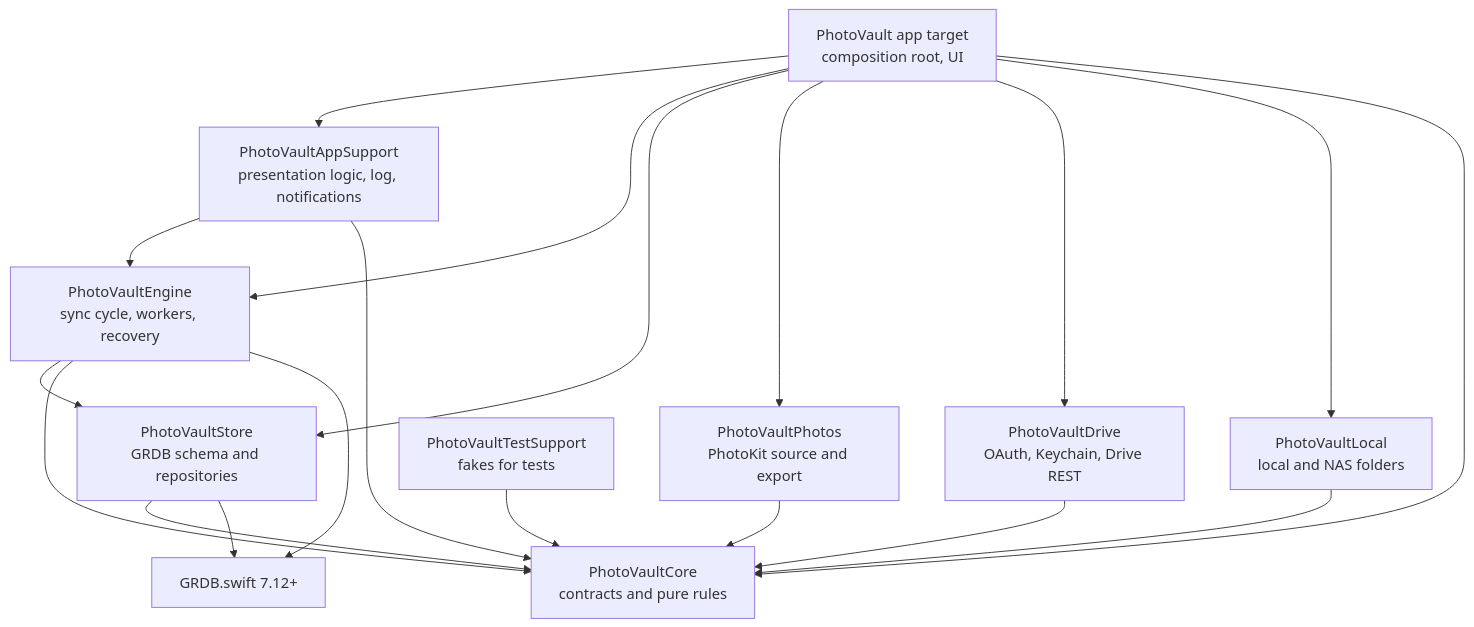
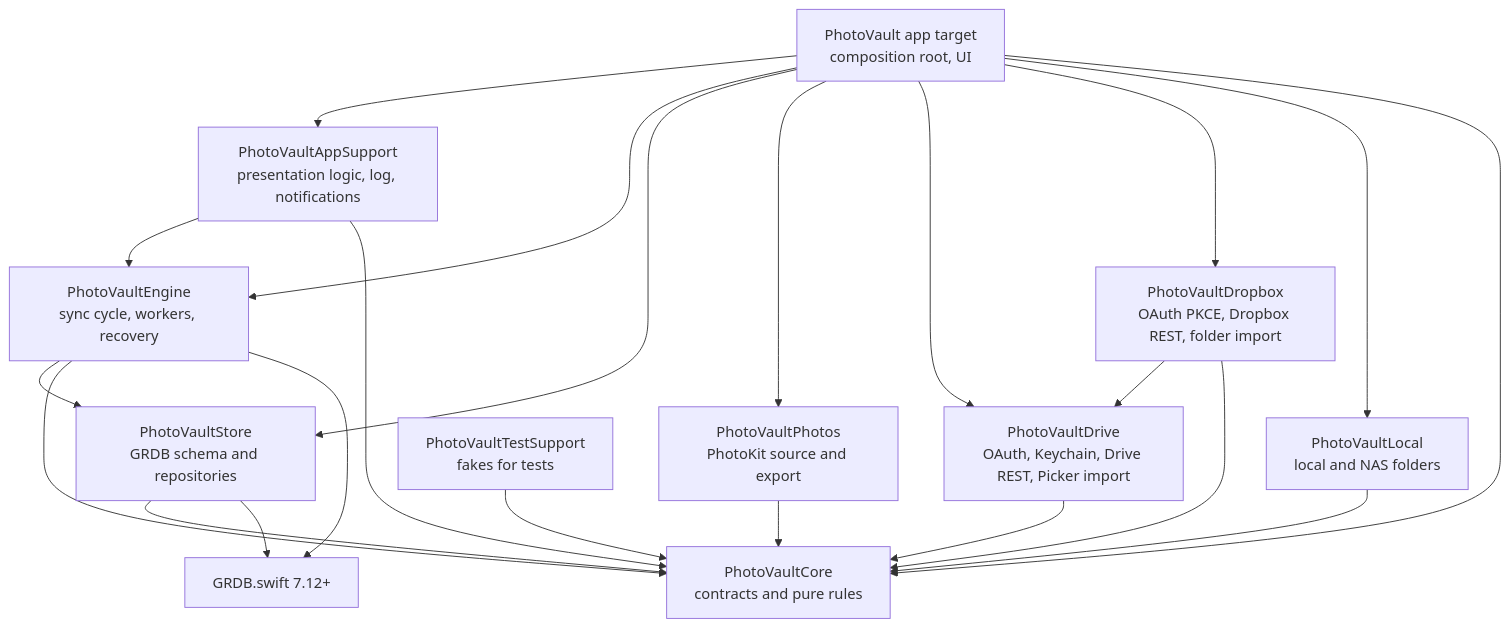
The first of 4 diagrams in docs/architecture/system-architecture.md (Chubby-Chocobo/photovault), drawn with Mermaid before and after one commit. The commit also changed other lines of this file and 108 other files, not shown here.

First line of the commit message:
feat: one-time import from a Google Drive or Dropbox folder (#25)

````diff
--- a/docs/architecture/system-architecture.md
+++ b/docs/architecture/system-architecture.md
@@ -24,20 +24,22 @@
 ```mermaid
 flowchart TD
     App["PhotoVault app target<br/>composition root, UI"]
     AppSupport["PhotoVaultAppSupport<br/>presentation logic, log, notifications"]
     Engine["PhotoVaultEngine<br/>sync cycle, workers, recovery"]
     Store["PhotoVaultStore<br/>GRDB schema and repositories"]
     Photos["PhotoVaultPhotos<br/>PhotoKit source and export"]
-    Drive["PhotoVaultDrive<br/>OAuth, Keychain, Drive REST"]
+    Drive["PhotoVaultDrive<br/>OAuth, Keychain, Drive REST, Picker import"]
+    Dropbox["PhotoVaultDropbox<br/>OAuth PKCE, Dropbox REST, folder import"]
     Local["PhotoVaultLocal<br/>local and NAS folders"]
     Core["PhotoVaultCore<br/>contracts and pure rules"]
     GRDB["GRDB.swift 7.12+"]
     TestSupport["PhotoVaultTestSupport<br/>fakes for tests"]
 
-    App --> AppSupport & Engine & Store & Photos & Drive & Local & Core
+    App --> AppSupport & Engine & Store & Photos & Drive & Dropbox & Local & Core
     AppSupport --> Engine & Core
     Engine --> Store & Core & GRDB
     Store --> Core & GRDB
     Photos & Drive & Local --> Core
+    Dropbox --> Drive & Core
     TestSupport --> Core
 ```
````
